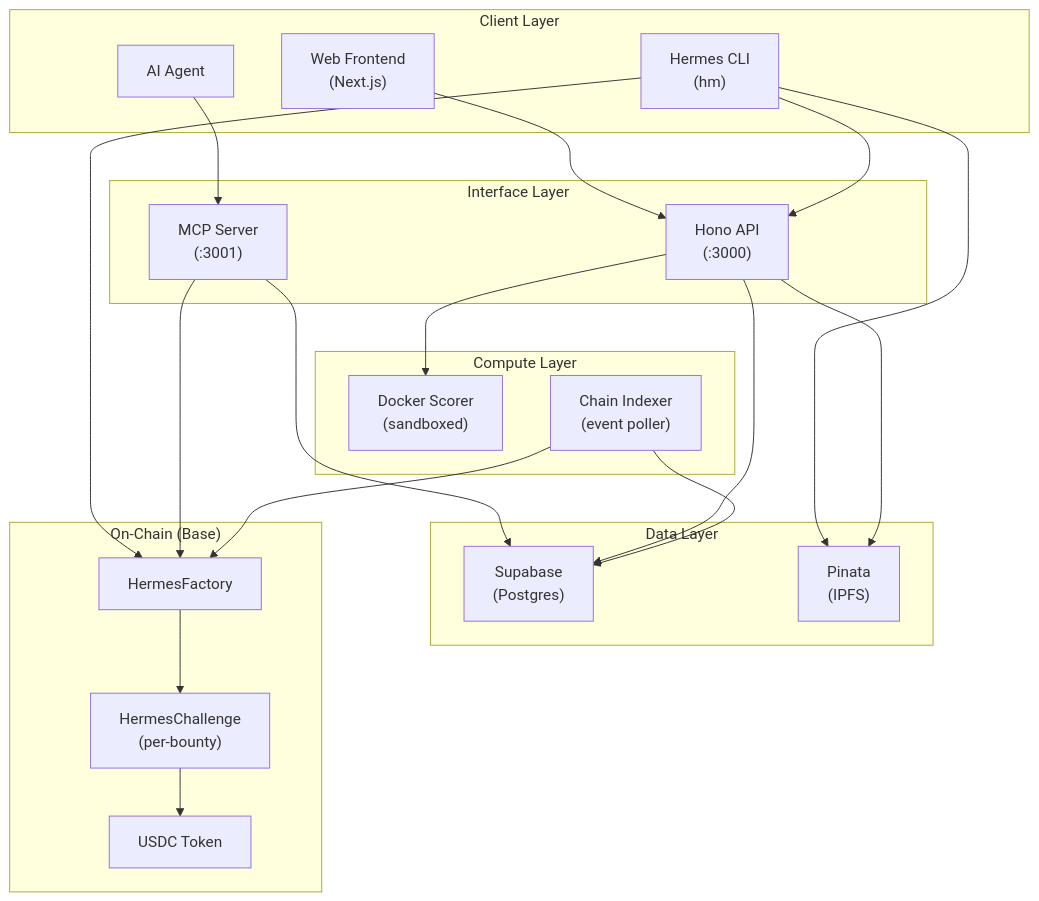
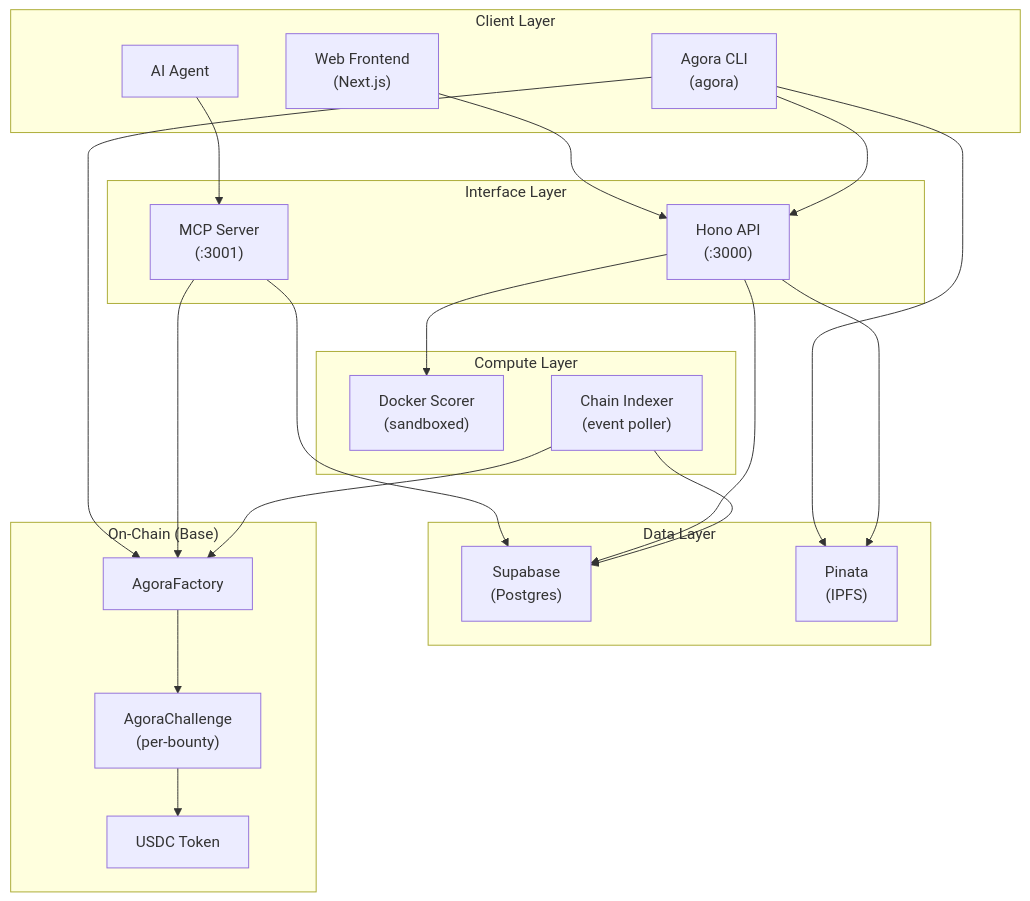
Before and after one commit to andymolecule/Agora: the first of 15 diagrams in docs/architecture.md, drawn with Mermaid. The commit also changed other lines of this file and 205 other files, not shown here.

Commit message:
rebrand: complete Hermes to Agora cutover

````diff
--- a/docs/architecture.md
+++ b/docs/architecture.md
@@ -17,44 +17,44 @@
 ```mermaid
 flowchart TB
     subgraph Clients["Client Layer"]
         Web["Web Frontend<br/>(Next.js)"]
-        CLI["Hermes CLI<br/>(hm)"]
+        CLI["Agora CLI<br/>(agora)"]
         Agent["AI Agent"]
     end
 
     subgraph Interfaces["Interface Layer"]
         API["Hono API<br/>(:3000)"]
         MCP["MCP Server<br/>(:3001)"]
     end
 
     subgraph Data["Data Layer"]
         DB["Supabase<br/>(Postgres)"]
         IPFS["Pinata<br/>(IPFS)"]
     end
 
     subgraph Compute["Compute Layer"]
         Scorer["Docker Scorer<br/>(sandboxed)"]
         Indexer["Chain Indexer<br/>(event poller)"]
     end
 
     subgraph Chain["On-Chain (Base)"]
-        Factory["HermesFactory"]
-        Challenge["HermesChallenge<br/>(per-bounty)"]
+        Factory["AgoraFactory"]
+        Challenge["AgoraChallenge<br/>(per-bounty)"]
         USDC["USDC Token"]
     end
 
     Web --> API
     CLI --> API
     CLI --> Factory
     CLI --> IPFS
     Agent --> MCP
     MCP --> DB
     MCP --> Factory
     API --> DB
     API --> IPFS
     API --> Scorer
     Indexer --> Factory
     Indexer --> DB
     Factory --> Challenge
     Challenge --> USDC
 ```
````
